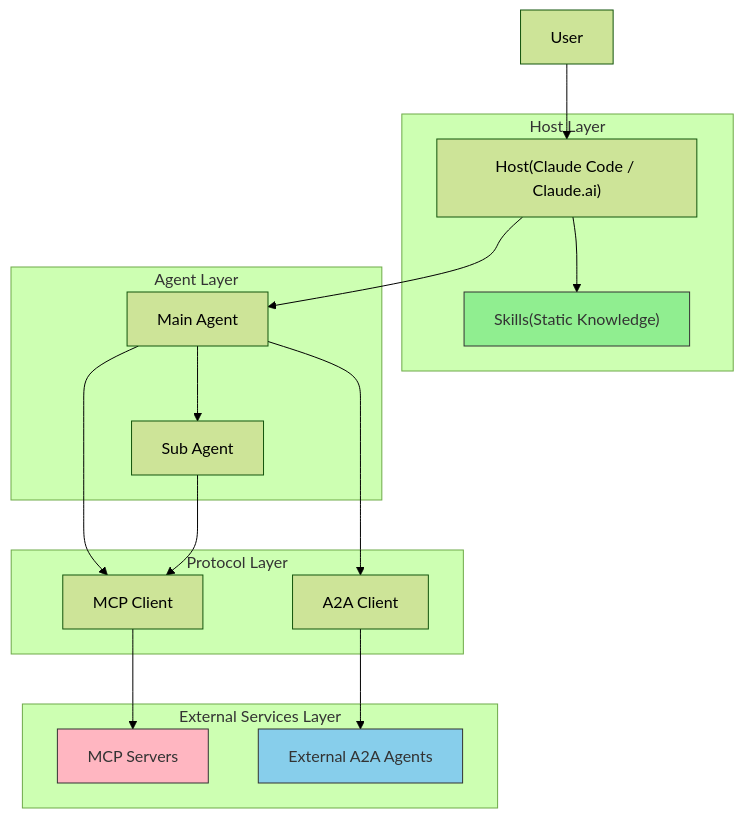
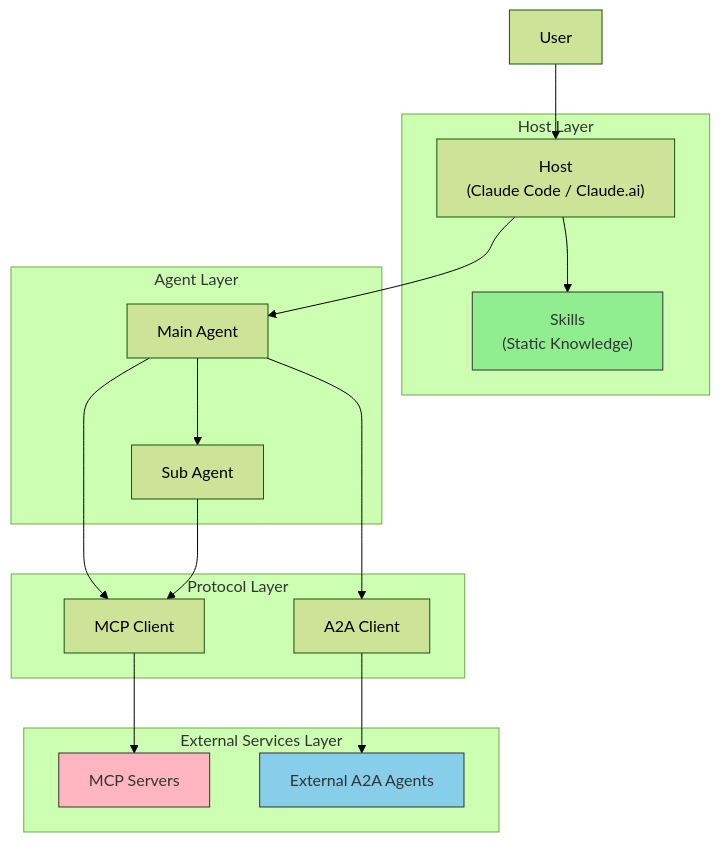
The second of 12 diagrams in docs/concepts/03-architecture.md (shuji-bonji/ai-agent-architecture), drawn with Mermaid (forest theme) before and after one commit. The commit also changed other lines of this file and 8 other files, not shown here.

````diff
--- a/docs/concepts/03-architecture.md
+++ b/docs/concepts/03-architecture.md
@@ -75,38 +75,38 @@
 ```mermaid
 flowchart TB
     USER["User"]
 
     subgraph HOST_LAYER["Host Layer"]
-        HOST["Host<bn>(Claude Code / Claude.ai)"]
-        SKILL["Skills<bn>(Static Knowledge)"]
+        HOST["Host<br>(Claude Code / Claude.ai)"]
+        SKILL["Skills<br>(Static Knowledge)"]
     end
 
     subgraph AGENT_LAYER["Agent Layer"]
         MAIN["Main Agent"]
         SUB["Sub Agent"]
     end
 
     subgraph PROTOCOL_LAYER["Protocol Layer"]
         MCP_CLIENT["MCP Client"]
         A2A_CLIENT["A2A Client"]
     end
 
     subgraph EXTERNAL_LAYER["External Services Layer"]
         MCP_SERVER["MCP Servers"]
         A2A_AGENT["External A2A Agents"]
     end
 
     USER --> HOST
     HOST --> SKILL
     HOST --> MAIN
     MAIN --> SUB
     MAIN --> MCP_CLIENT
     MAIN --> A2A_CLIENT
     SUB --> MCP_CLIENT
     MCP_CLIENT --> MCP_SERVER
     A2A_CLIENT --> A2A_AGENT
 
     style SKILL fill:#90EE90,color:#333,stroke:#333
     style MCP_SERVER fill:#FFB6C1,color:#333,stroke:#333
     style A2A_AGENT fill:#87CEEB,color:#333,stroke:#333
 ```
````
